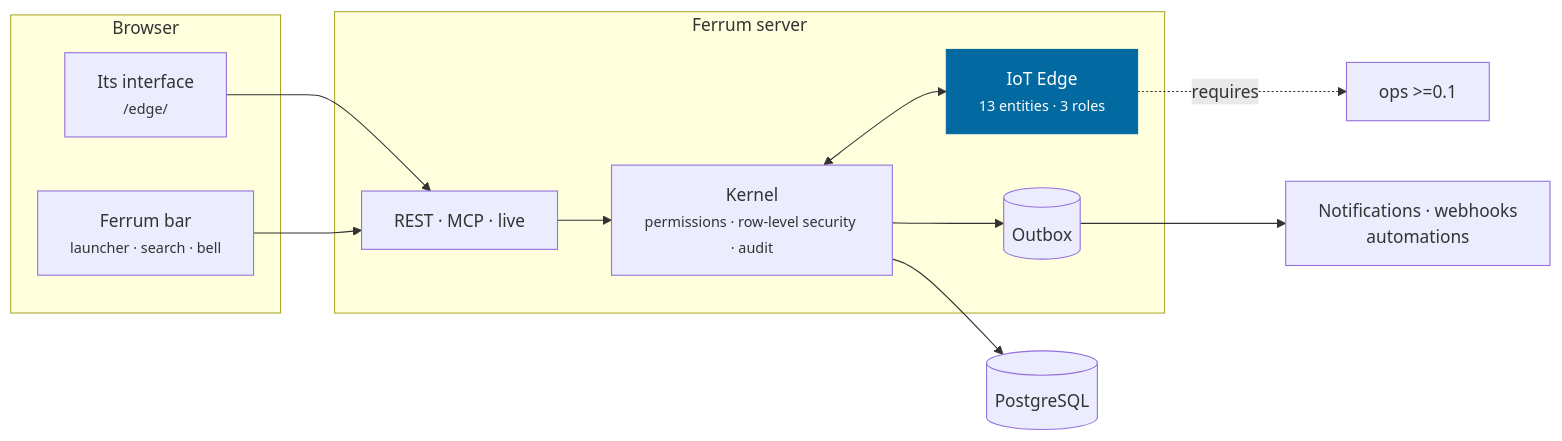
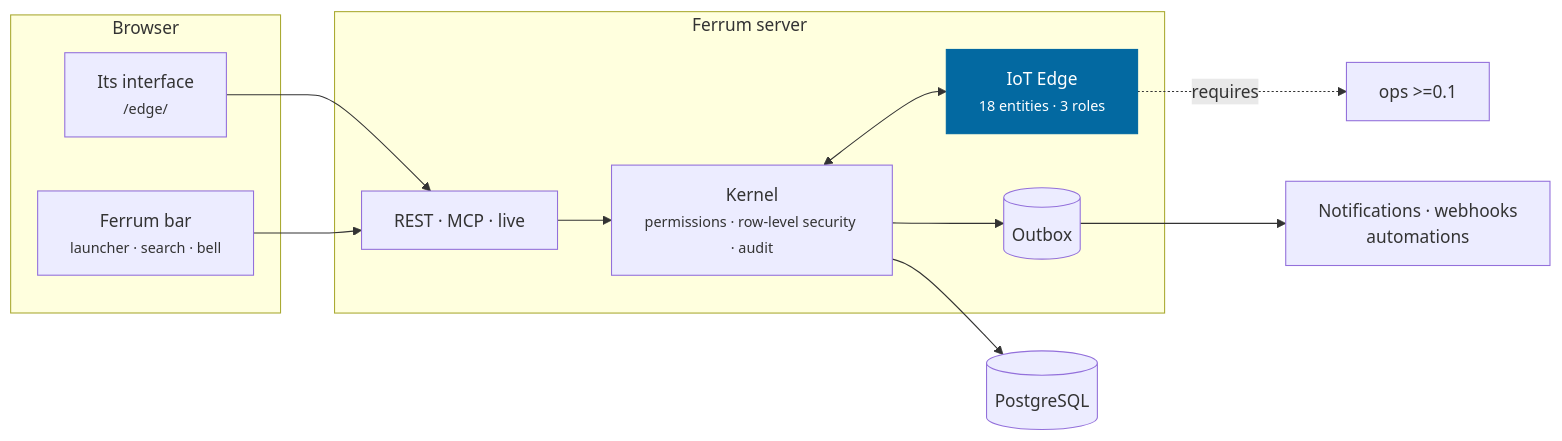
Before and after one commit to CBFerrum/ferrum-app-edge: the second of 3 diagrams in README.md, drawn with Mermaid. The commit also changed other lines of this file and 3 other files, not shown here.

````diff
--- a/README.md
+++ b/README.md
@@ -195,21 +201,21 @@
 ```mermaid
 flowchart LR
     subgraph Browser
         UI["Its interface<br/><small>/edge/</small>"]
         BAR["Ferrum bar<br/><small>launcher · search · bell</small>"]
     end
     subgraph Server["Ferrum server"]
         API["REST · MCP · live"]
         K["Kernel<br/><small>permissions · row-level security · audit</small>"]
-        APP["IoT Edge<br/><small>13 entities · 3 roles</small>"]
+        APP["IoT Edge<br/><small>18 entities · 3 roles</small>"]
         OB[("Outbox")]
     end
     DB[("PostgreSQL")]
     UI --> API --> K --> DB
     BAR --> API
     K <--> APP
     K --> OB --> EV["Notifications · webhooks<br/>automations"]
     APP -. requires .-> D0["ops >=0.1"]
     classDef app fill:#0369a1,color:#fff,stroke:#0369a1
     class APP app
 ```
````
